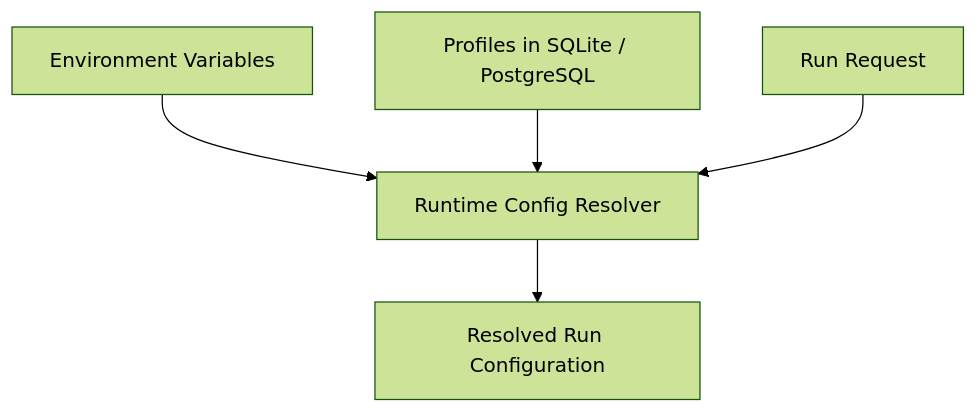
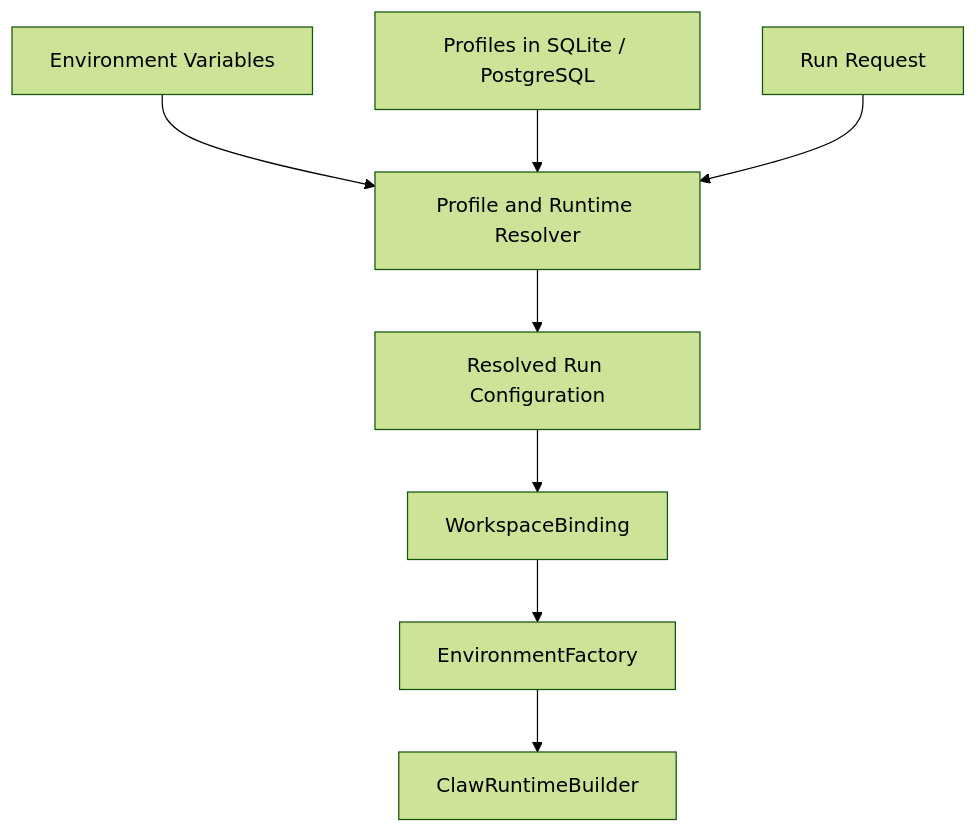
One commit to Wh1isper/ya-mono changed the first of 2 diagrams in packages/ya-claw/spec/01-configuration-and-workspace-provider.md. Above: the diagram before and after it, drawn with Mermaid (forest theme). The commit also changed other lines of this file and 59 other files, not shown here.

First line of the commit message:
feat(ya-claw): standardize AGUI replay and runtime defaults (#126)

````diff
--- a/packages/ya-claw/spec/01-configuration-and-workspace-provider.md
+++ b/packages/ya-claw/spec/01-configuration-and-workspace-provider.md
@@ -11,7 +11,10 @@
 ```mermaid
 flowchart TB
-    ENV[Environment Variables] --> RES[Runtime Config Resolver]
+    ENV[Environment Variables] --> RES[Profile and Runtime Resolver]
     STORE[Profiles in SQLite / PostgreSQL] --> RES
     REQ[Run Request] --> RES
     RES --> RUNCFG[Resolved Run Configuration]
+    RUNCFG --> BIND[WorkspaceBinding]
+    BIND --> ENVF[EnvironmentFactory]
+    ENVF --> RUNTIME[ClawRuntimeBuilder]
 ```
````
